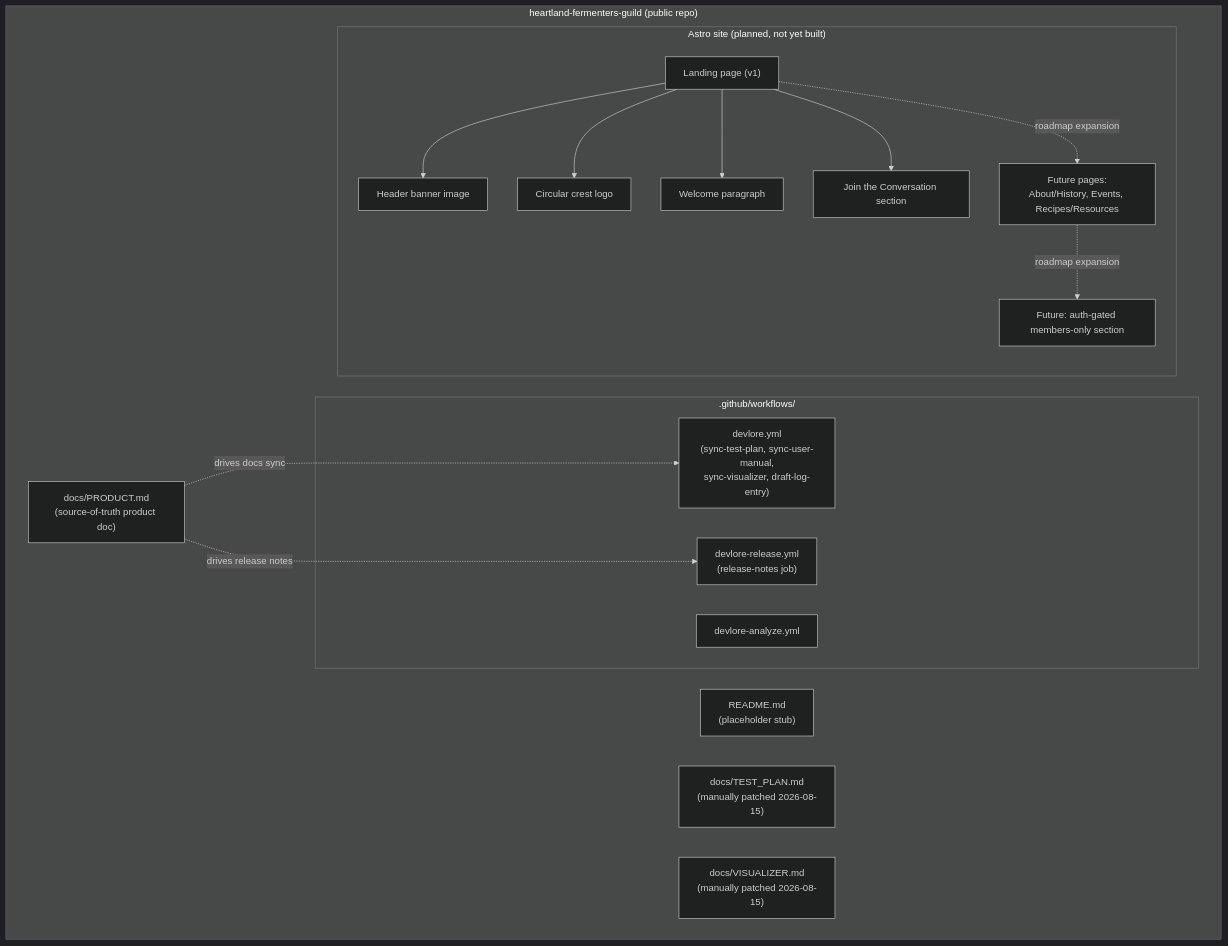
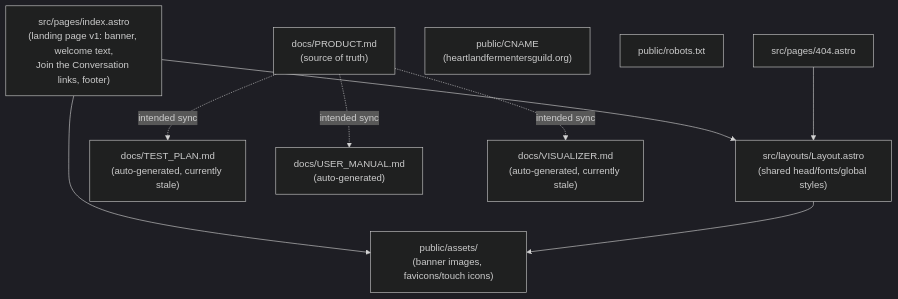
One commit to BubbaF377/heartland-fermenters-guild changed the first of 3 diagrams in docs/VISUALIZER.md. Above: the diagram before and after it, drawn with Mermaid (dark theme). The commit also changed other lines of this file, not shown here.

Commit message:
Update visualizer (requirements changed): heartland-fermenters-guild

````diff
--- a/docs/VISUALIZER.md
+++ b/docs/VISUALIZER.md
@@ -8,34 +8,23 @@
 ```mermaid
 graph TD
-    subgraph Repo["heartland-fermenters-guild (public repo)"]
-        PRODUCT["docs/PRODUCT.md<br/>(source-of-truth product doc)"]
-        README["README.md<br/>(placeholder stub)"]
-        TESTPLAN["docs/TEST_PLAN.md<br/>(manually patched 2026-08-15)"]
-        VIZ["docs/VISUALIZER.md<br/>(manually patched 2026-08-15)"]
+    Layout["src/layouts/Layout.astro<br/>(shared head/fonts/global styles)"]
+    Index["src/pages/index.astro<br/>(landing page v1: banner, welcome text,<br/>Join the Conversation links, footer)"]
+    NotFound["src/pages/404.astro"]
+    Assets["public/assets/<br/>(banner images, favicons/touch icons)"]
+    CNAME["public/CNAME<br/>(heartlandfermentersguild.org)"]
+    Robots["public/robots.txt"]
 
-        subgraph Workflows[".github/workflows/"]
-            DEVLORE["devlore.yml<br/>(sync-test-plan, sync-user-manual,<br/>sync-visualizer, draft-log-entry)"]
-            ANALYZE["devlore-analyze.yml"]
-            RELEASE["devlore-release.yml<br/>(release-notes job)"]
-        end
+    Index --> Layout
+    NotFound --> Layout
+    Index --> Assets
+    Layout --> Assets
 
-        subgraph PlannedSite["Astro site (planned, not yet built)"]
-            LANDING["Landing page (v1)"]
-            HEADER["Header banner image"]
-            CREST["Circular crest logo"]
-            WELCOME["Welcome paragraph"]
-            JOIN["Join the Conversation section"]
-            FUTURE["Future pages:<br/>About/History, Events, Recipes/Resources"]
-            MEMBERS["Future: auth-gated members-only section"]
-        end
-    end
+    ProductDoc["docs/PRODUCT.md<br/>(source of truth)"]
+    TestPlan["docs/TEST_PLAN.md<br/>(auto-generated, currently stale)"]
+    UserManual["docs/USER_MANUAL.md<br/>(auto-generated)"]
+    Visualizer["docs/VISUALIZER.md<br/>(auto-generated, currently stale)"]
 
-    PRODUCT -.->|drives docs sync| DEVLORE
-    PRODUCT -.->|drives release notes| RELEASE
-    LANDING --> HEADER
-    LANDING --> CREST
-    LANDING --> WELCOME
-    LANDING --> JOIN
-    LANDING -.->|roadmap expansion| FUTURE
-    FUTURE -.->|roadmap expansion| MEMBERS
+    ProductDoc -.->|intended sync| TestPlan
+    ProductDoc -.->|intended sync| UserManual
+    ProductDoc -.->|intended sync| Visualizer
 ```
````
